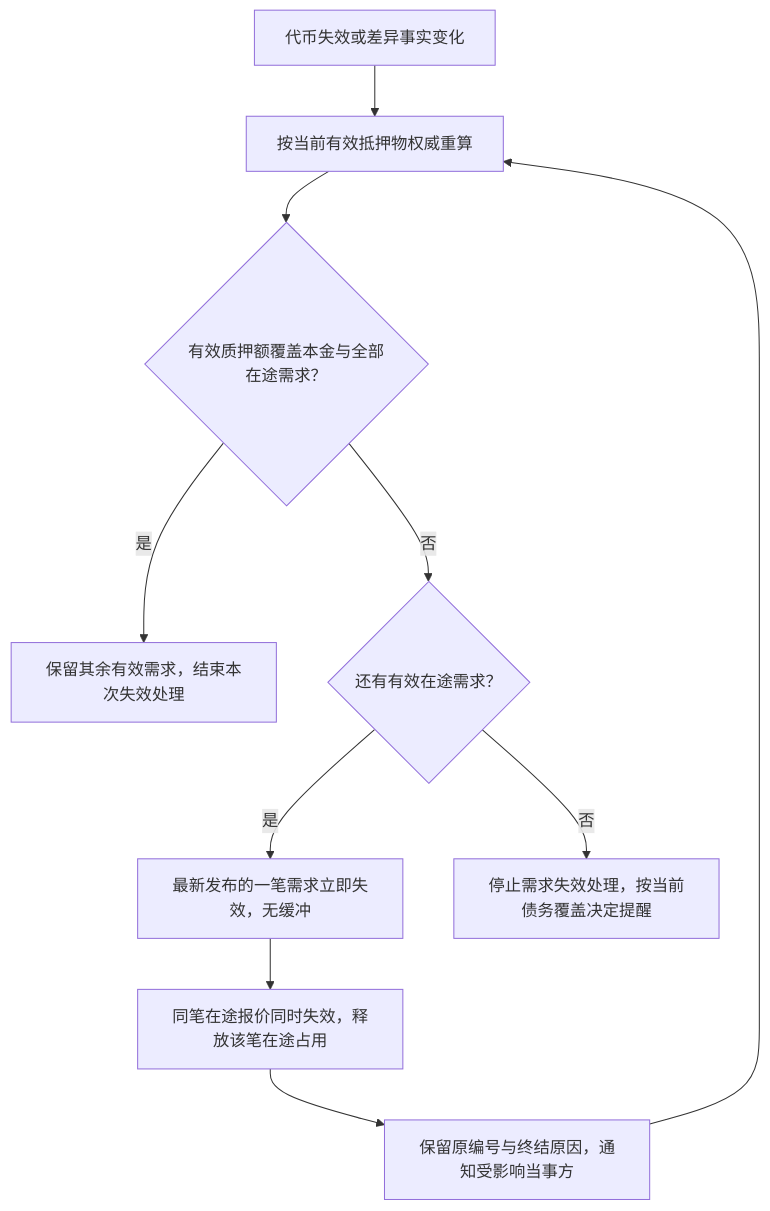
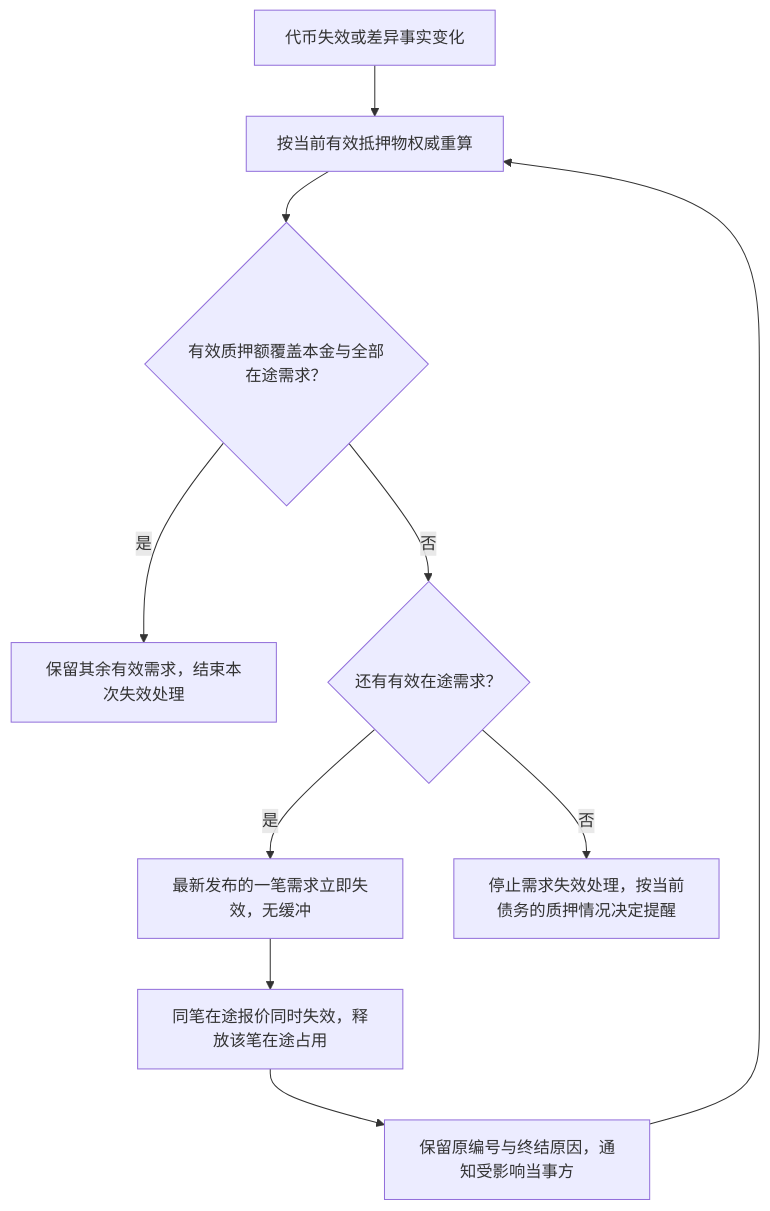
The fourth of 10 diagrams in lending-platform/PRD/面客端/05-借贷广场-融资需求与代币质押/02-融资需求与代币质押-流程图与状态机.md (wxblockchain/Chain-Financing), drawn with Mermaid before and after one commit. The commit also changed other lines of this file and 20 other files, not shown here.

````diff
--- a/lending-platform/PRD/面客端/05-借贷广场-融资需求与代币质押/02-融资需求与代币质押-流程图与状态机.md
+++ b/lending-platform/PRD/面客端/05-借贷广场-融资需求与代币质押/02-融资需求与代币质押-流程图与状态机.md
@@ -130,12 +130,12 @@
 ```mermaid
 flowchart TD
   A[代币失效或差异事实变化] --> B[按当前有效抵押物权威重算]
   B --> C{有效质押额覆盖本金与全部在途需求？}
   C -- 是 --> D[保留其余有效需求，结束本次失效处理]
   C -- 否 --> E{还有有效在途需求？}
   E -- 是 --> F[最新发布的一笔需求立即失效，无缓冲]
   F --> G[同笔在途报价同时失效，释放该笔在途占用]
   G --> H[保留原编号与终结原因，通知受影响当事方]
   H --> B
-  E -- 否 --> I[停止需求失效处理，按当前债务覆盖决定提醒]
+  E -- 否 --> I[停止需求失效处理，按当前债务的质押情况决定提醒]
 ```
````
